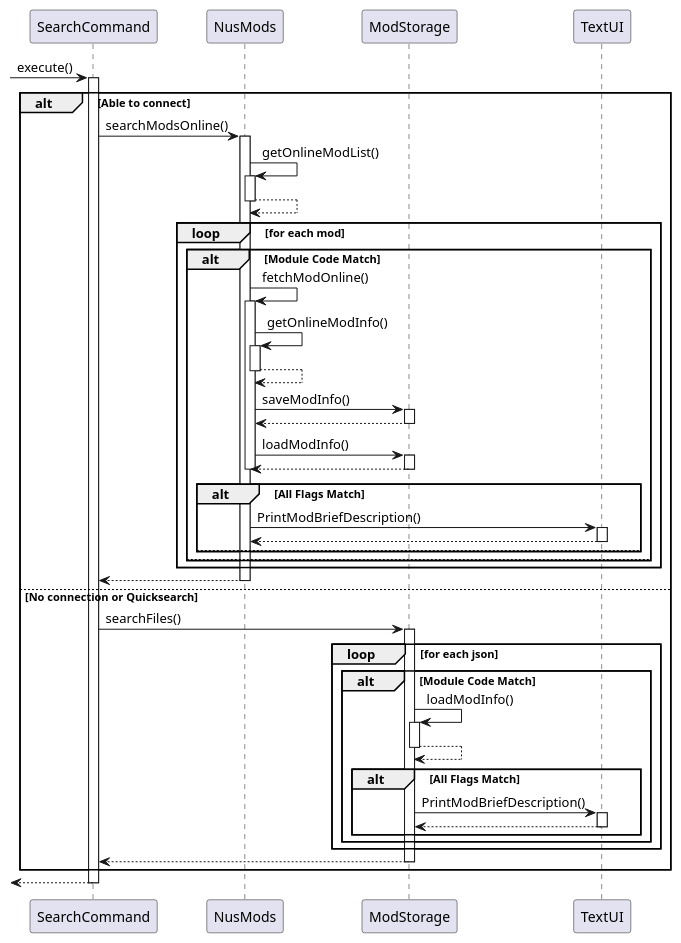
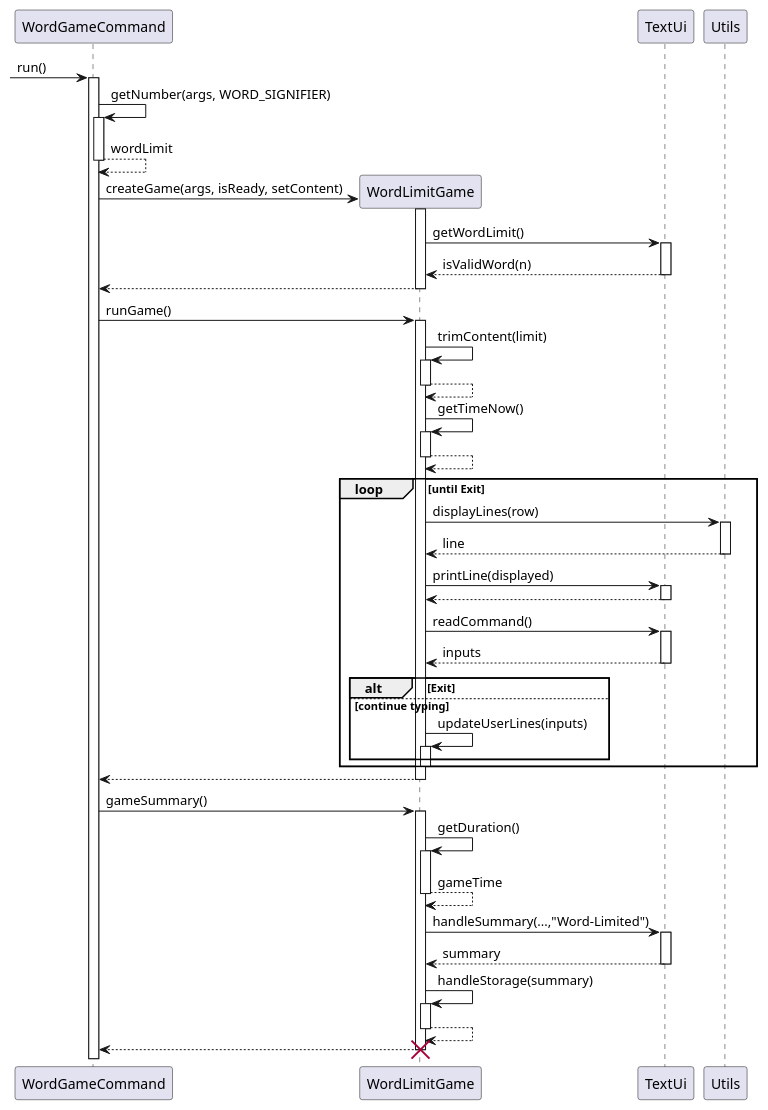
The diagram in docs/diagrams/WordLimitMode.puml (nus-cs2113-AY2122S1/tp), drawn with PlantUML before and after one commit. The commit also changed 3 other files, not shown here.

Commit message:
Update DG and UML diagram

```diff
--- a/docs/diagrams/WordLimitMode.puml
+++ b/docs/diagrams/WordLimitMode.puml
@@ -1,69 +1,75 @@
 @startuml
 
-[-> SearchCommand : execute()
-activate SearchCommand
+-> WordGameCommand: run()
+activate WordGameCommand
+WordGameCommand -> WordGameCommand: getNumber(args, WORD_SIGNIFIER)
+activate WordGameCommand
+WordGameCommand --> WordGameCommand: wordLimit
+deactivate
 
-alt Able to connect
-    SearchCommand -> NusMods : searchModsOnline()
-    activate NusMods
-    NusMods -> NusMods : getOnlineModList()
-    activate NusMods
-    NusMods --> NusMods
-    deactivate NusMods
-    loop for each mod
-            alt Module Code Match
-                    NusMods -> NusMods : fetchModOnline()
-                    activate NusMods
-                    NusMods -> NusMods : getOnlineModInfo()
-                    activate NusMods
-                    NusMods --> NusMods
-                    deactivate NusMods
-                    NusMods -> ModStorage : saveModInfo()
-                    activate ModStorage
-                    ModStorage --> NusMods
-                    deactivate ModStorage
-                    NusMods -> ModStorage : loadModInfo()
-                    activate ModStorage
-                    ModStorage --> NusMods
-                    deactivate ModStorage
-                    deactivate NusMods
-                alt All Flags Match
-                    NusMods -> TextUI : PrintModBriefDescription()
-                    activate TextUI
-                    TextUI --> NusMods
-                    deactivate TextUI
-                else
-                end
-            else
-            end
+create WordLimitGame
+WordGameCommand -> WordLimitGame: createGame(args, isReady, setContent)
+activate WordLimitGame
+WordLimitGame -> TextUi: getWordLimit()
+activate TextUi
+TextUi --> WordLimitGame: isValidWord(n)
+deactivate
+WordLimitGame --> WordGameCommand
+deactivate
+
+WordGameCommand -> WordLimitGame: runGame()
+activate WordLimitGame
+WordLimitGame -> WordLimitGame: trimContent(limit)
+activate WordLimitGame
+WordLimitGame --> WordLimitGame
+deactivate
+WordLimitGame -> WordLimitGame: getTimeNow()
+activate WordLimitGame
+WordLimitGame --> WordLimitGame
+deactivate
+
+loop until Exit
+    WordLimitGame -> Utils: displayLines(row)
+    activate Utils
+    Utils --> WordLimitGame: line
+    deactivate
+    WordLimitGame -> TextUi: printLine(displayed)
+    activate TextUi
+    TextUi --> WordLimitGame
+    deactivate
+    WordLimitGame -> TextUi: readCommand()
+            activate TextUi
+            TextUi --> WordLimitGame: inputs
+            deactivate
+    alt Exit
+    else continue typing
+        WordLimitGame -> WordLimitGame: updateUserLines(inputs)
+        activate WordLimitGame
     end
-    NusMods --> SearchCommand
-    deactivate NusMods
-
-else No connection or Quicksearch
-
-    SearchCommand -> ModStorage : searchFiles()
-    activate ModStorage
-    loop for each json
-        alt Module Code Match
-            ModStorage -> ModStorage : loadModInfo()
-            activate ModStorage
-            ModStorage --> ModStorage
-            deactivate ModStorage
-            alt All Flags Match
-                ModStorage -> TextUI : PrintModBriefDescription()
-                activate TextUI
-                TextUI --> ModStorage
-                deactivate TextUI
-            end
-        end
-    end
-    ModStorage --> SearchCommand
-    deactivate ModStorage
-
+    deactivate
 end
 
-<-- SearchCommand
-deactivate SearchCommand
+WordLimitGame --> WordGameCommand
+deactivate
+WordGameCommand -> WordLimitGame: gameSummary()
+activate WordLimitGame
+
+WordLimitGame -> WordLimitGame: getDuration()
+activate WordLimitGame
+WordLimitGame --> WordLimitGame: gameTime
+deactivate
+
+WordLimitGame -> TextUi: handleSummary(...,"Word-Limited")
+activate TextUi
+TextUi --> WordLimitGame: summary
+deactivate
+WordLimitGame -> WordLimitGame: handleStorage(summary)
+activate WordLimitGame
+WordLimitGame --> WordLimitGame
+deactivate
+
+WordLimitGame --> WordGameCommand
+deactivate
+destroy WordLimitGame
 
 @enduml
```
